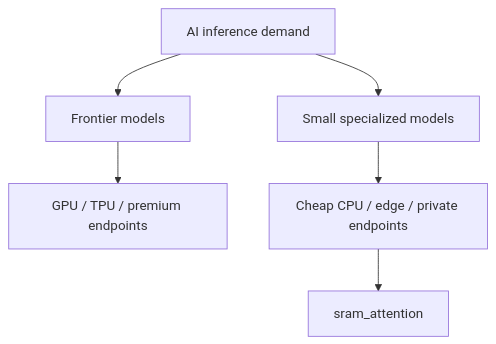
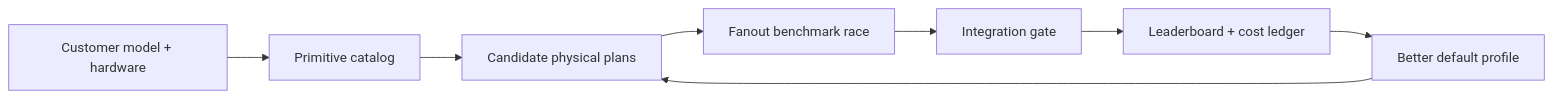
One commit to voloshko/sram-attention-pitch changed the diagram in docs/market-fit.md. Above: the diagram before and after it, drawn with Mermaid. The commit also changed other lines of this file and 1 other file, not shown here.

````diff
--- a/docs/market-fit.md
+++ b/docs/market-fit.md
@@ -89,8 +147,10 @@
 ```mermaid
-flowchart TD
-    A["AI inference demand"] --> B["Frontier models"]
-    A --> C["Small specialized models"]
-    B --> D["GPU / TPU / premium endpoints"]
-    C --> E["Cheap CPU / edge / private endpoints"]
-    E --> F["sram_attention"]
+flowchart LR
+  A["Customer model + hardware"] --> B["Primitive catalog"]
+  B --> C["Candidate physical plans"]
+  C --> D["Fanout benchmark race"]
+  D --> E["Integration gate"]
+  E --> F["Leaderboard + cost ledger"]
+  F --> G["Better default profile"]
+  G --> C
 ```
````
